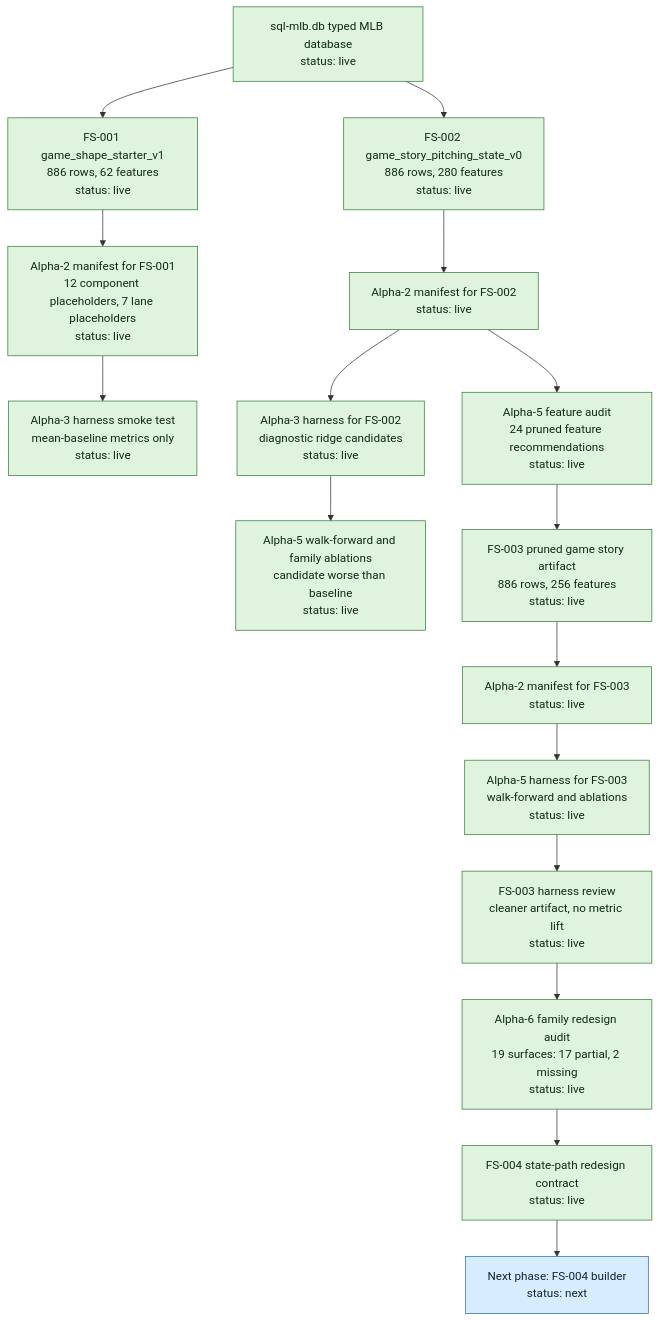
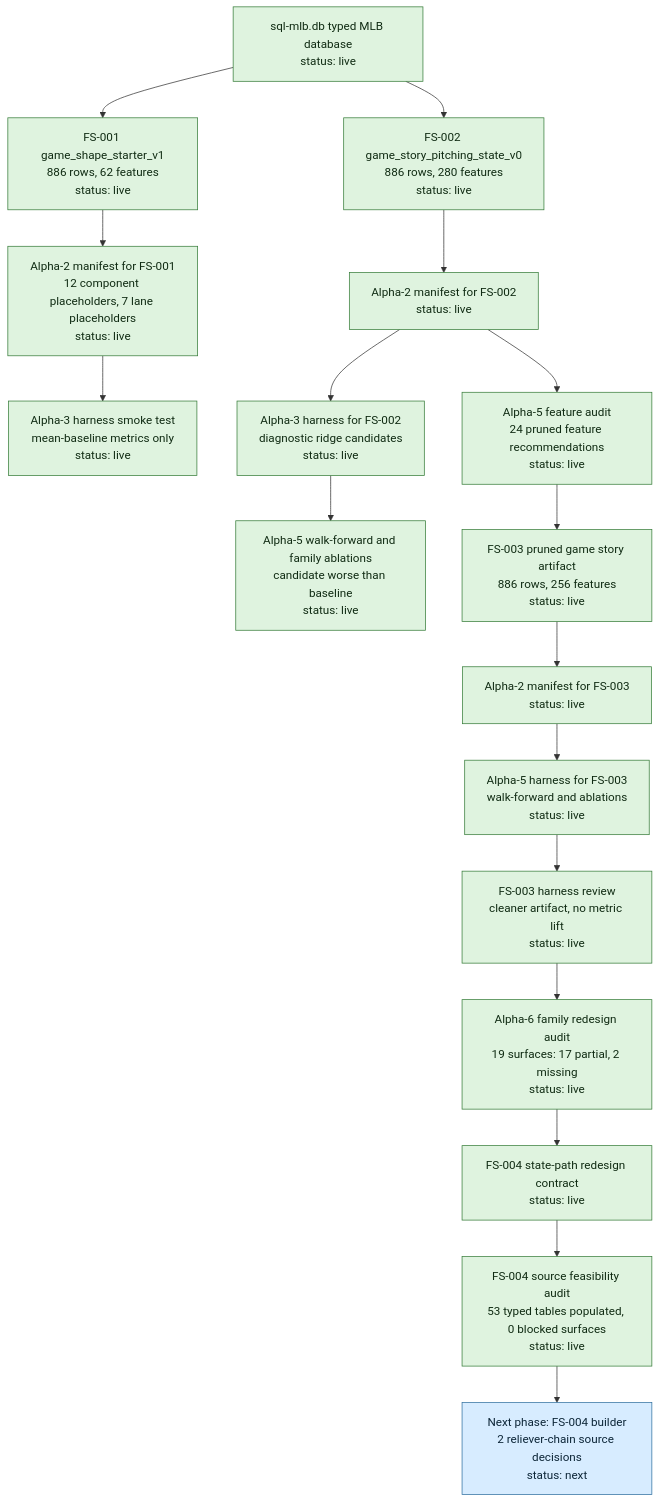
One commit to jiancchen/SlateAi changed the first of 4 diagrams in run-plans/mlb/2026-06-03-mlb-m3-alpha-state-progress.md. Above: the diagram before and after it, drawn with Mermaid. The commit also changed other lines of this file and 8 other files, not shown here.

First line of the commit message:
Audit MLB-M3 FS-004 source feasibility

````diff
--- a/run-plans/mlb/2026-06-03-mlb-m3-alpha-state-progress.md
+++ b/run-plans/mlb/2026-06-03-mlb-m3-alpha-state-progress.md
@@ -49,29 +50,30 @@
 ```mermaid
 flowchart TD
   SQL["sql-mlb.db typed MLB database<br/>status: live"] --> FS001["FS-001 game_shape_starter_v1<br/>886 rows, 62 features<br/>status: live"]
   SQL --> FS002["FS-002 game_story_pitching_state_v0<br/>886 rows, 280 features<br/>status: live"]
 
   FS001 --> M001["Alpha-2 manifest for FS-001<br/>12 component placeholders, 7 lane placeholders<br/>status: live"]
   M001 --> H001["Alpha-3 harness smoke test<br/>mean-baseline metrics only<br/>status: live"]
 
   FS002 --> M002["Alpha-2 manifest for FS-002<br/>status: live"]
   M002 --> H002["Alpha-3 harness for FS-002<br/>diagnostic ridge candidates<br/>status: live"]
   M002 --> A002["Alpha-5 feature audit<br/>24 pruned feature recommendations<br/>status: live"]
   H002 --> WF002["Alpha-5 walk-forward and family ablations<br/>candidate worse than baseline<br/>status: live"]
 
   A002 --> FS003["FS-003 pruned game story artifact<br/>886 rows, 256 features<br/>status: live"]
   FS003 --> M003["Alpha-2 manifest for FS-003<br/>status: live"]
   M003 --> H003["Alpha-5 harness for FS-003<br/>walk-forward and ablations<br/>status: live"]
   H003 --> R003["FS-003 harness review<br/>cleaner artifact, no metric lift<br/>status: live"]
 
   R003 --> A6["Alpha-6 family redesign audit<br/>19 surfaces: 17 partial, 2 missing<br/>status: live"]
   A6 --> C004["FS-004 state-path redesign contract<br/>status: live"]
-  C004 --> NEXT["Next phase: FS-004 builder<br/>status: next"]
+  C004 --> S004["FS-004 source feasibility audit<br/>53 typed tables populated, 0 blocked surfaces<br/>status: live"]
+  S004 --> NEXT["Next phase: FS-004 builder<br/>2 reliever-chain source decisions<br/>status: next"]
 
   classDef live fill:#dff3df,stroke:#367c39,color:#102b13;
   classDef partial fill:#fff2c2,stroke:#927000,color:#332800;
   classDef next fill:#d7ecff,stroke:#2f6f9f,color:#0d2638;
 
-  class SQL,FS001,FS002,M001,H001,M002,H002,A002,WF002,FS003,M003,H003,R003,A6,C004 live;
+  class SQL,FS001,FS002,M001,H001,M002,H002,A002,WF002,FS003,M003,H003,R003,A6,C004,S004 live;
   class NEXT next;
 ```
````
